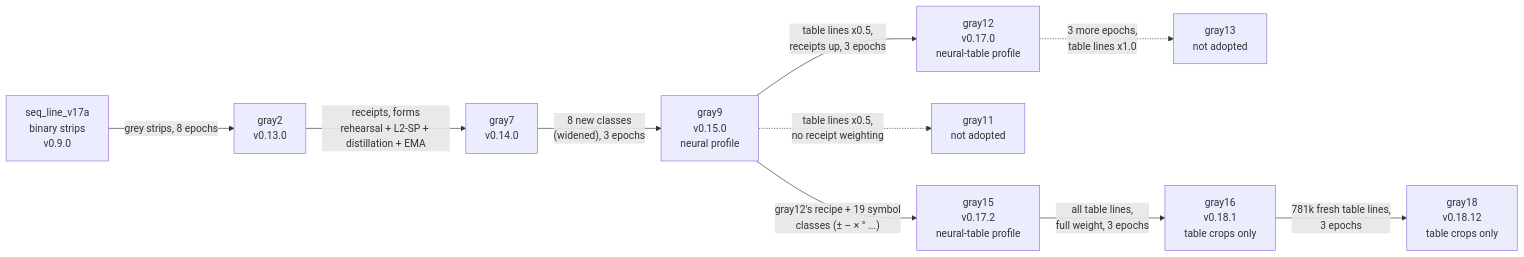
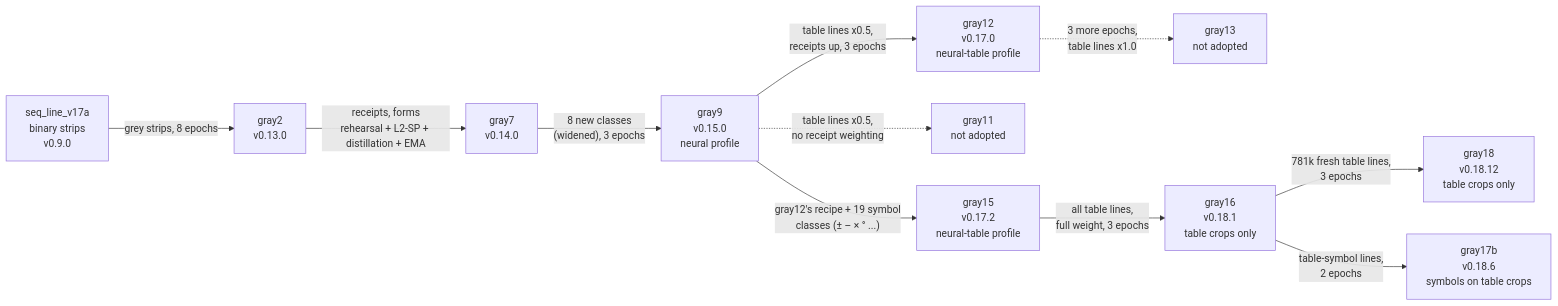
The diagram in docs/NEURAL_NETWORK_THEORY.md (msharpe248/mlws-ocr), drawn with Mermaid before and after one commit. The commit also changed other lines of this file and 25 other files, not shown here.

````diff
--- a/docs/NEURAL_NETWORK_THEORY.md
+++ b/docs/NEURAL_NETWORK_THEORY.md
@@ -681,12 +695,13 @@
 ```mermaid
 flowchart LR
     v17a["seq_line_v17a<br/>binary strips<br/>v0.9.0"] -->|grey strips, 8 epochs| g2["gray2<br/>v0.13.0"]
     g2 -->|"receipts, forms<br/>rehearsal + L2-SP + distillation + EMA"| g7["gray7<br/>v0.14.0"]
     g7 -->|"8 new classes<br/>(widened), 3 epochs"| g9["gray9<br/>v0.15.0<br/>neural profile"]
     g9 -->|"table lines x0.5,<br/>receipts up, 3 epochs"| g12["gray12<br/>v0.17.0<br/>neural-table profile"]
     g9 -.->|"table lines x0.5,<br/>no receipt weighting"| g11["gray11<br/>not adopted"]
     g12 -.->|"3 more epochs,<br/>table lines x1.0"| g13["gray13<br/>not adopted"]
     g9 -->|"gray12's recipe + 19 symbol<br/>classes (± – × ° ...)"| g15["gray15<br/>v0.17.2<br/>neural-table profile"]
     g15 -->|"all table lines,<br/>full weight, 3 epochs"| g16["gray16<br/>v0.18.1<br/>table crops only"]
     g16 -->|"781k fresh table lines,<br/>3 epochs"| g18["gray18<br/>v0.18.12<br/>table crops only"]
+    g16 -->|"table-symbol lines,<br/>2 epochs"| g17b["gray17b<br/>v0.18.6<br/>symbols on table crops"]
 ```
````
